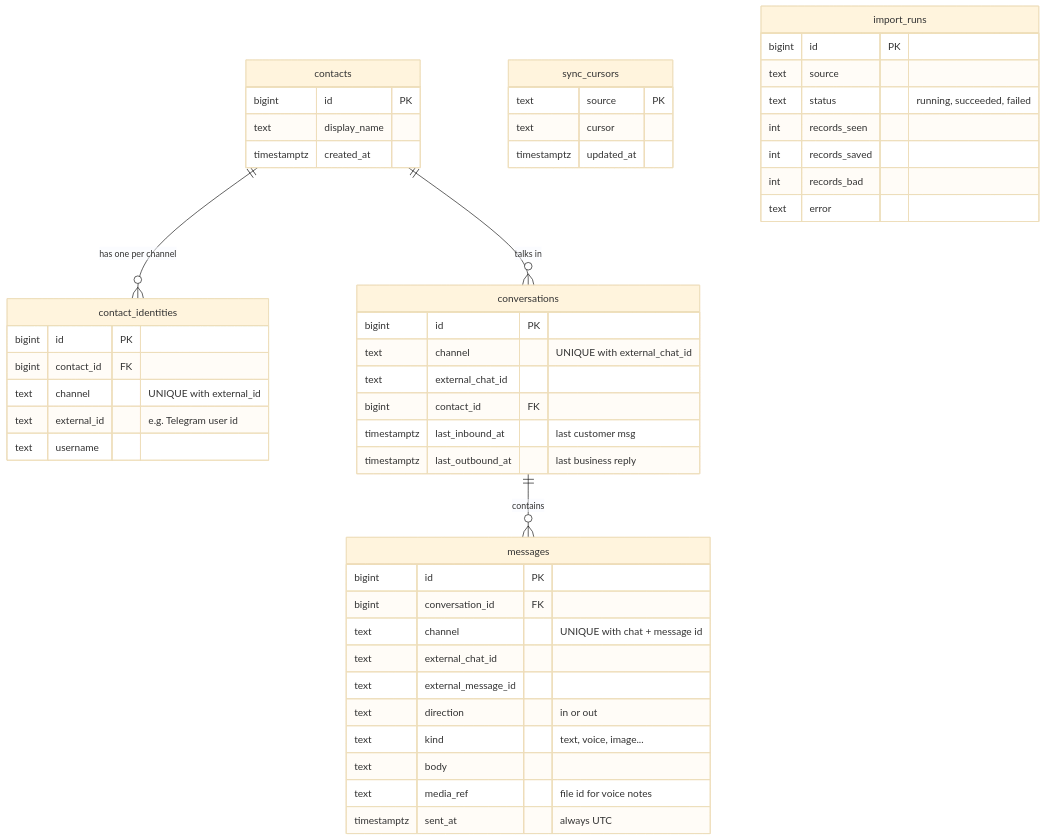
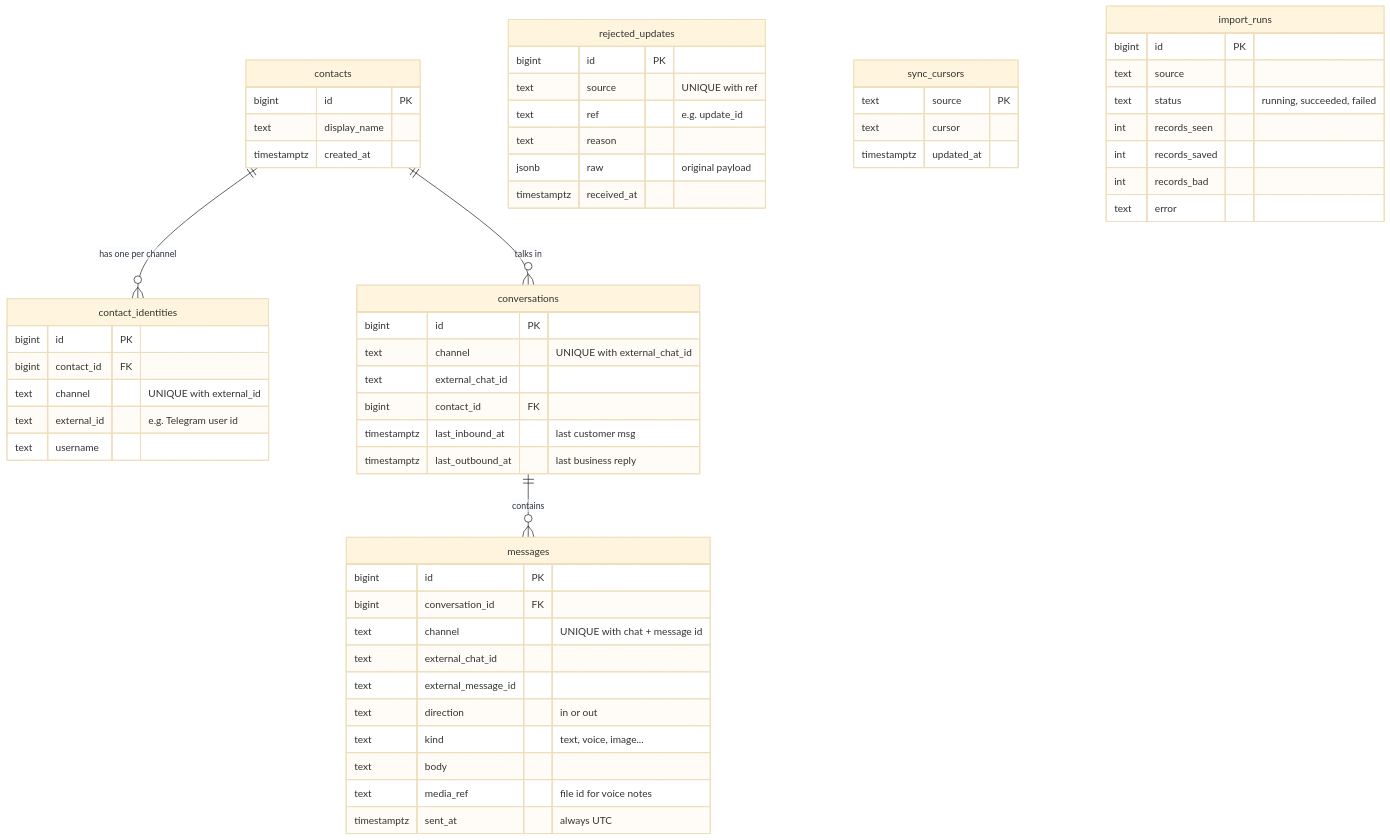
The sixth of 9 diagrams in docs/ARCHITECTURE.md (Ify-O/kiakia), drawn with Mermaid (base theme) before and after one commit. The commit also changed other lines of this file and 2 other files, not shown here.

First line of the commit message:
Update diagrams and docs for Sprint 2

````diff
--- a/docs/ARCHITECTURE.md
+++ b/docs/ARCHITECTURE.md
@@ -213,53 +228,61 @@
 ```mermaid
 erDiagram
     contacts ||--o{ contact_identities : "has one per channel"
     contacts ||--o{ conversations : "talks in"
     conversations ||--o{ messages : "contains"
 
     contacts {
         bigint id PK
         text display_name
         timestamptz created_at
     }
     contact_identities {
         bigint id PK
         bigint contact_id FK
         text channel "UNIQUE with external_id"
         text external_id "e.g. Telegram user id"
         text username
     }
     conversations {
         bigint id PK
         text channel "UNIQUE with external_chat_id"
         text external_chat_id
         bigint contact_id FK
         timestamptz last_inbound_at "last customer msg"
         timestamptz last_outbound_at "last business reply"
     }
     messages {
         bigint id PK
         bigint conversation_id FK
         text channel "UNIQUE with chat + message id"
         text external_chat_id
         text external_message_id
         text direction "in or out"
         text kind "text, voice, image..."
         text body
         text media_ref "file id for voice notes"
         timestamptz sent_at "always UTC"
     }
+    rejected_updates {
+        bigint id PK
+        text source "UNIQUE with ref"
+        text ref "e.g. update_id"
+        text reason
+        jsonb raw "original payload"
+        timestamptz received_at
+    }
     sync_cursors {
         text source PK
         text cursor
         timestamptz updated_at
     }
     import_runs {
         bigint id PK
         text source
         text status "running, succeeded, failed"
         int records_seen
         int records_saved
         int records_bad
         text error
     }
 ```
````
